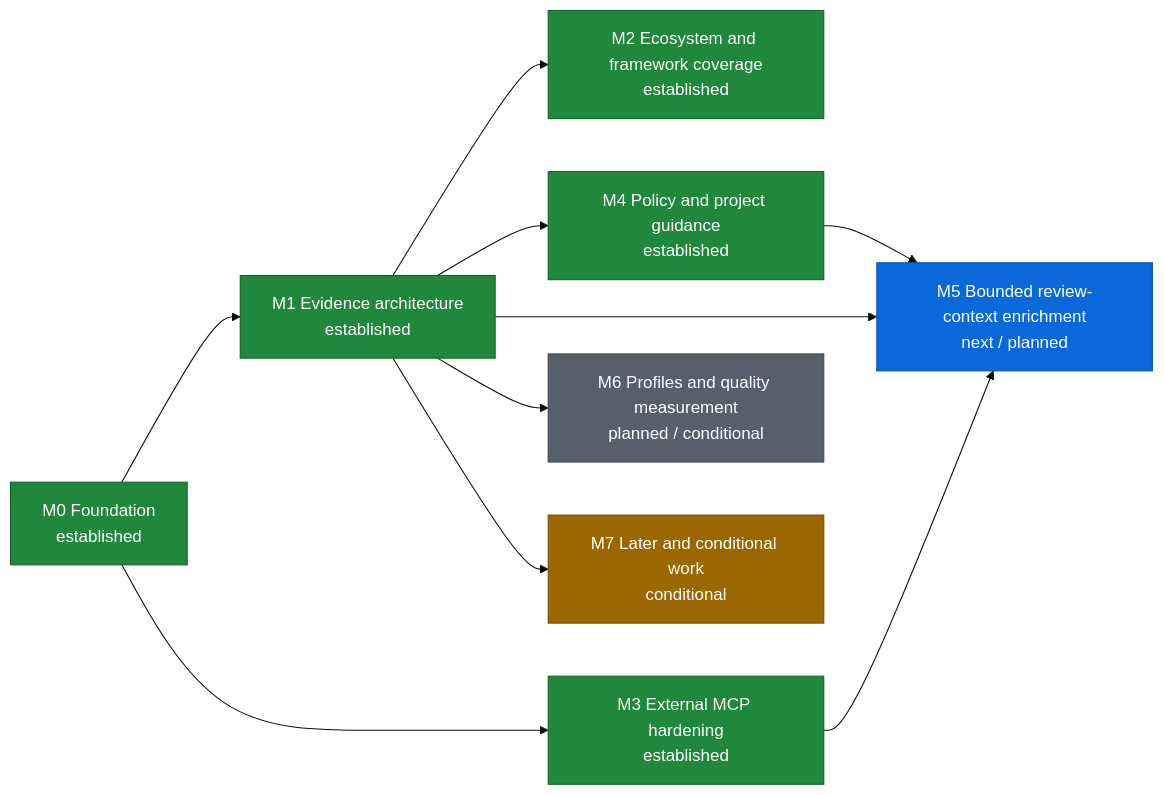
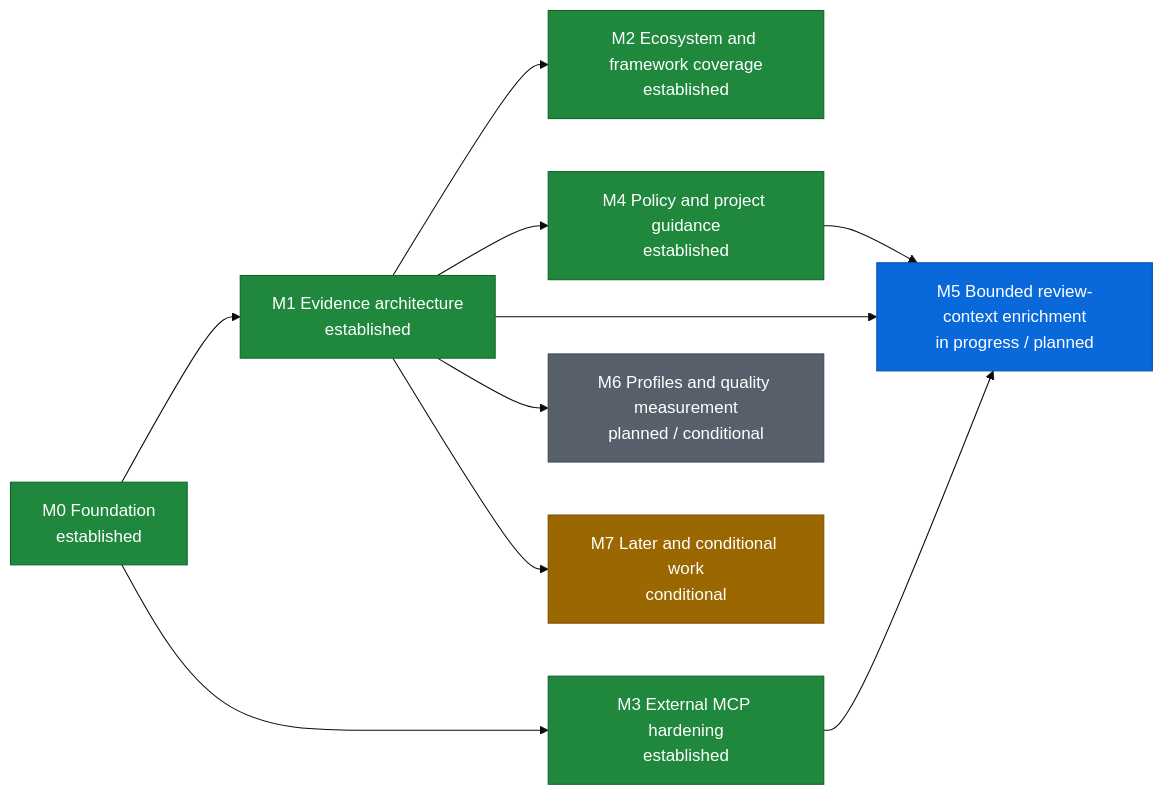
One commit to xeonvs/open-code-review-toolkit changed the diagram in ROADMAP.md. Above: the diagram before and after it, drawn with Mermaid (base theme). The commit also changed other lines of this file and 41 other files, not shown here.

First line of the commit message:
Harden review context approval and reconcile GitLab inline creates (#104)

````diff
--- a/ROADMAP.md
+++ b/ROADMAP.md
@@ -8,22 +8,22 @@
 ```mermaid
 flowchart LR
     M0["M0 Foundation<br/>established"] --> M1["M1 Evidence architecture<br/>established"]
     M0 --> M3["M3 External MCP hardening<br/>established"]
     M1 --> M2["M2 Ecosystem and framework coverage<br/>established"]
     M1 --> M4["M4 Policy and project guidance<br/>established"]
-    M1 --> M5["M5 Bounded review-context enrichment<br/>next / planned"]
+    M1 --> M5["M5 Bounded review-context enrichment<br/>in progress / planned"]
     M3 --> M5
     M4 --> M5
     M1 --> M6["M6 Profiles and quality measurement<br/>planned / conditional"]
     M1 --> M7["M7 Later and conditional work<br/>conditional"]
 
     classDef established fill:#1f883d,stroke:#116329,color:#ffffff
     classDef next fill:#0969da,stroke:#0550ae,color:#ffffff
     classDef planned fill:#57606a,stroke:#424a53,color:#ffffff
     classDef conditional fill:#9a6700,stroke:#7d4e00,color:#ffffff
 
     class M0,M1,M2,M3,M4 established
     class M5 next
     class M6 planned
     class M7 conditional
 ```
````
